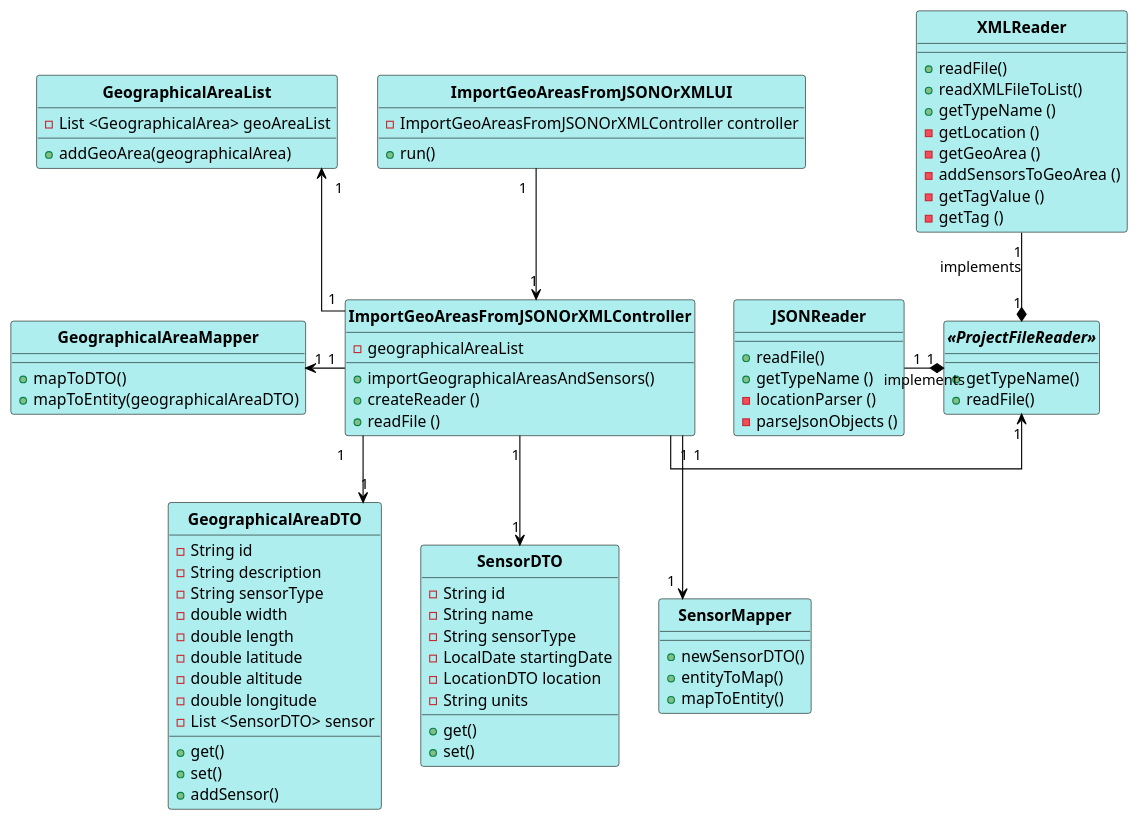
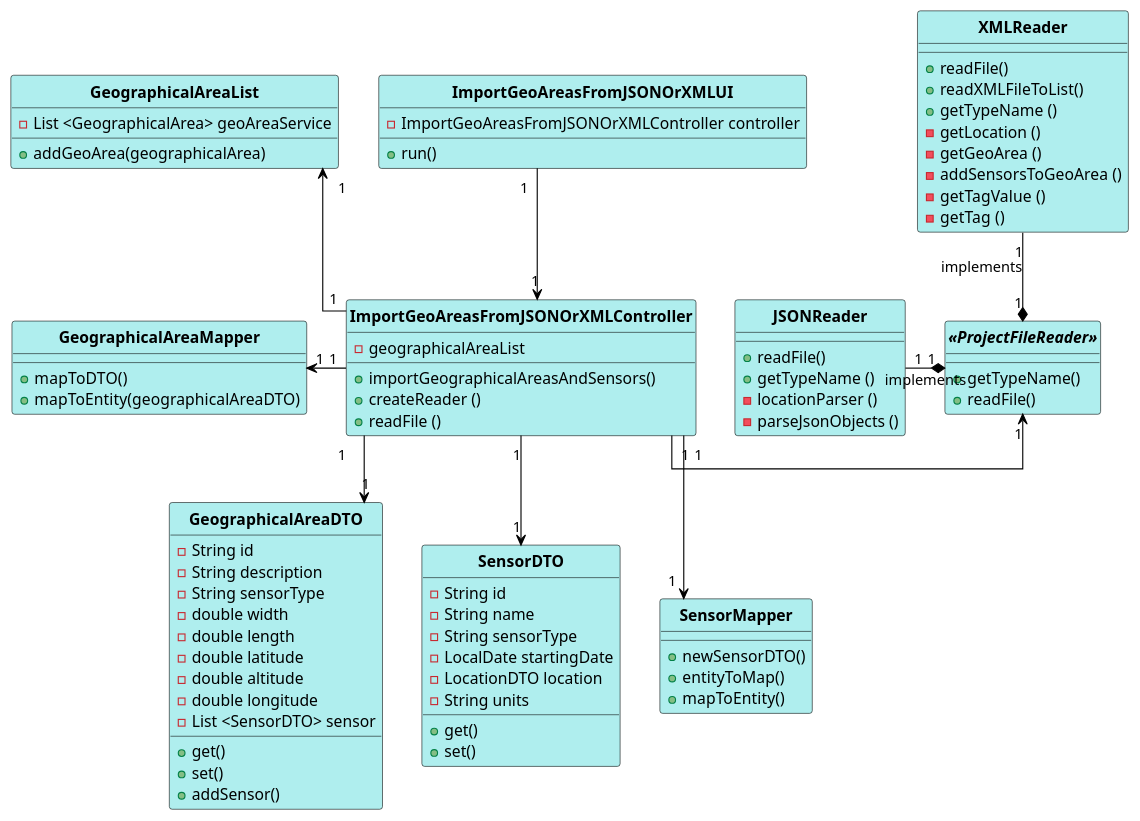
One commit to 1181687/hateoasToy changed the diagram in src/main/java/pt/ipp/isep/dei/project/controllers/importgeoareasfromjsonorxmlcontroller/CD_ImportGeoAreasFromXML.puml. Above: the diagram before and after it, drawn with PlantUML. The commit also changed 7 other files, not shown here.

```diff
--- a/src/main/java/pt/ipp/isep/dei/project/controllers/importgeoareasfromjsonorxmlcontroller/CD_ImportGeoAreasFromXML.puml
+++ b/src/main/java/pt/ipp/isep/dei/project/controllers/importgeoareasfromjsonorxmlcontroller/CD_ImportGeoAreasFromXML.puml
@@ -1,104 +1,104 @@
 @startuml
 skinparam linetype ortho
 
 skinparam class {
 	BackgroundColor PaleTurquoise
 	ArrowColor Black
 	BorderColor Black
 	FontStyle Bold
 }
 
 hide circle
 
 
 
 ImportGeoAreasFromJSONOrXMLUI "1" --> "1" ImportGeoAreasFromJSONOrXMLController
 ImportGeoAreasFromJSONOrXMLController "1" -up-> "1" GeographicalAreaList
 ImportGeoAreasFromJSONOrXMLController "1" -left-> "1" GeographicalAreaMapper
 ImportGeoAreasFromJSONOrXMLController "1" --> "1" GeographicalAreaDTO
 ImportGeoAreasFromJSONOrXMLController  "1" --> "1" SensorDTO
 ImportGeoAreasFromJSONOrXMLController  "1" --> "1" SensorMapper
 ImportGeoAreasFromJSONOrXMLController  "1" -right-> "1" "<<ProjectFileReader>>"
 
 XMLReader "1" -down-* "1" "<<ProjectFileReader>>" : implements
 JSONReader "1" -right-* "1" "<<ProjectFileReader>>" : implements
 
 Class ImportGeoAreasFromJSONOrXMLUI {
 - ImportGeoAreasFromJSONOrXMLController controller
 + run()
 
 }
 
 Class ImportGeoAreasFromJSONOrXMLController {
 - geographicalAreaList
 + importGeographicalAreasAndSensors()
 + createReader ()
 + readFile ()
 }
 
 Class GeographicalAreaMapper {
 + mapToDTO()
 + mapToEntity(geographicalAreaDTO)
 }
 
 Class GeographicalAreaList {
-- List <GeographicalArea> geoAreaList
+- List <GeographicalArea> geoAreaService
 + addGeoArea(geographicalArea)
 }
 
 Class GeographicalAreaDTO {
 - String id
 - String description
 - String sensorType
 - double width
 - double length
 - double latitude
 - double altitude
 - double longitude
 - List <SensorDTO> sensor
 + get()
 + set()
 + addSensor()
 }
 
 Class SensorDTO {
 - String id
 - String name
 - String sensorType
 - LocalDate startingDate
 - LocationDTO location
 - String units
 + get()
 + set()
 }
 
 Class SensorMapper {
 + newSensorDTO()
 + entityToMap()
 + mapToEntity()
 }
 
 Interface "<<ProjectFileReader>>" {
 + getTypeName()
 + readFile()
 }
 
 Class XMLReader {
 + readFile()
 + readXMLFileToList()
 + getTypeName ()
 - getLocation ()
 - getGeoArea ()
 - addSensorsToGeoArea ()
 - getTagValue ()
 - getTag ()
 }
 
 Class JSONReader {
 + readFile()
 + getTypeName ()
 - locationParser ()
 - parseJsonObjects ()
 }
 
 @enduml
```
